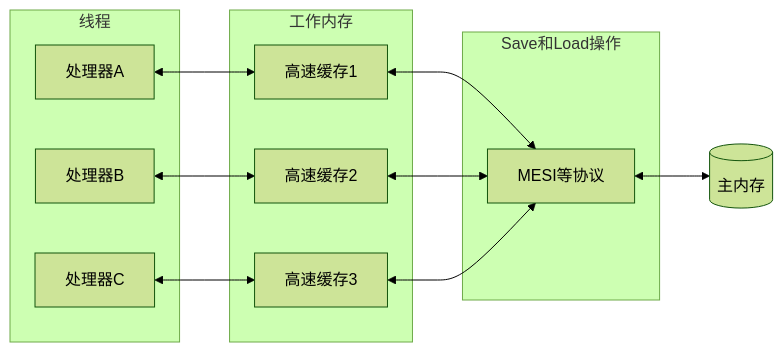
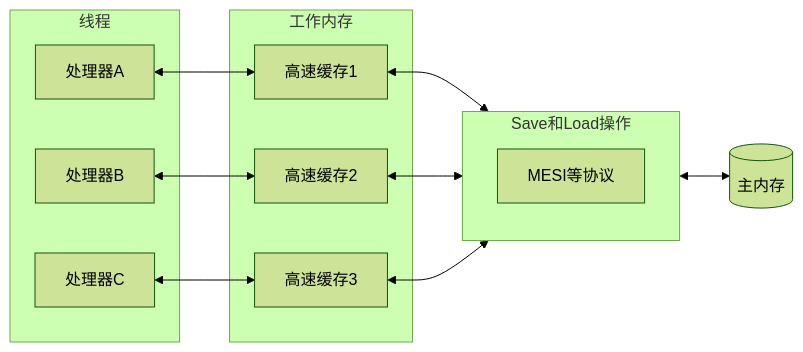
Before and after one commit to Clinan/blog: the fourth of 4 diagrams in modules/technology/java/JVM.md, drawn with Mermaid (forest theme). The commit also changed other lines of this file and 1 other file, not shown here.

````diff
--- a/modules/technology/java/JVM.md
+++ b/modules/technology/java/JVM.md
@@ -729,27 +735,27 @@
 ```mermaid
 flowchart LR
 subgraph 线程
     处理器A
     处理器B
     处理器C
 end
 subgraph 工作内存
 	高速缓存1
 	高速缓存2
 	高速缓存3
 end 
 subgraph Save和Load操作
 	MESI等协议
 end 
 
 处理器A <--> 高速缓存1
 处理器B <--> 高速缓存2
 处理器C <--> 高速缓存3
 
-高速缓存1<--> MESI等协议
-高速缓存2<--> MESI等协议
-高速缓存3<--> MESI等协议
+高速缓存1<--> Save和Load操作
+高速缓存2<--> Save和Load操作
+高速缓存3<--> Save和Load操作
  
-MESI等协议<-->主内存[(主内存)]
+Save和Load操作<-->主内存[(主内存)]
 
 ```
````
